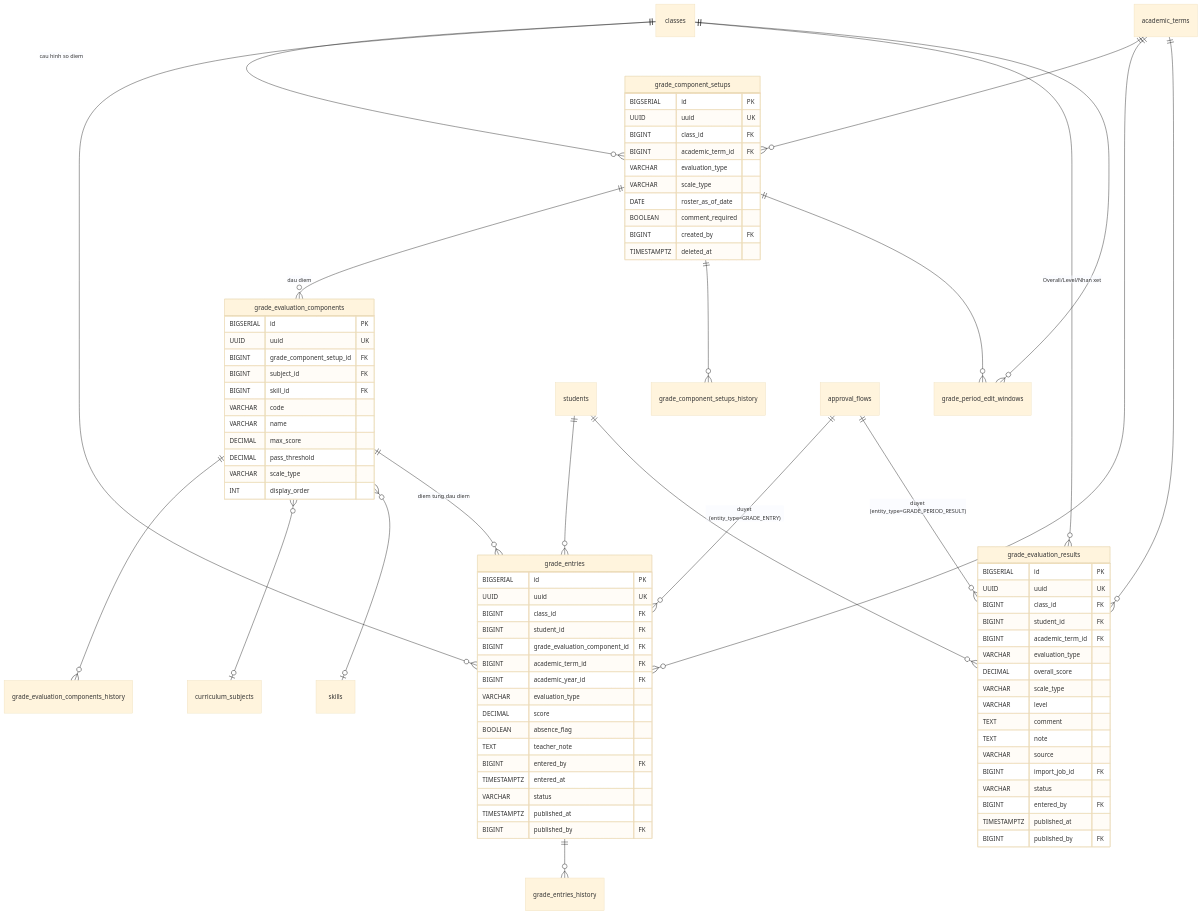
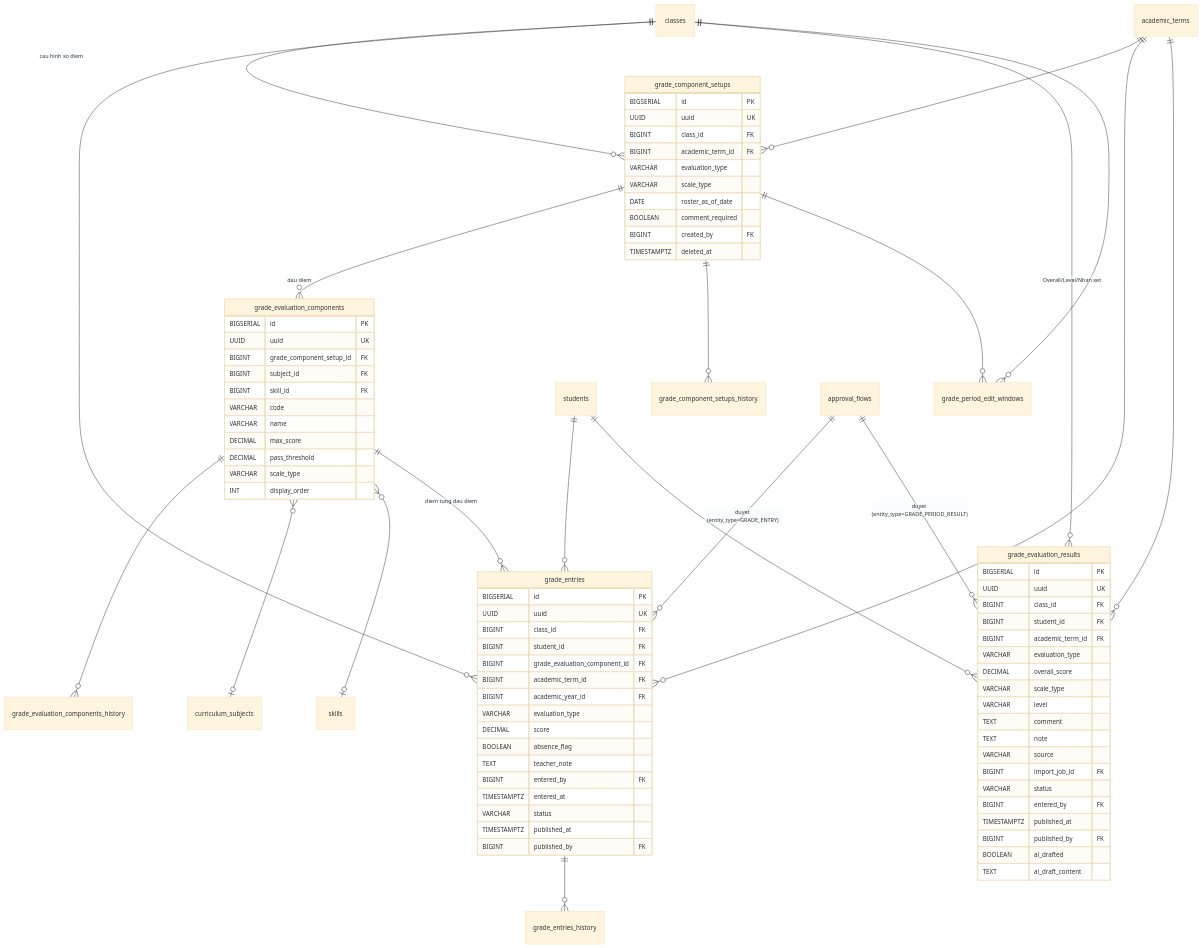
Before and after one commit to langtuananh2424/pps-education: the third of 4 diagrams in docs/sdd-groups/06-hoc-thuat.md, drawn with Mermaid (base theme). The commit also changed other lines of this file and 27 other files, not shown here.

````diff
--- a/docs/sdd-groups/06-hoc-thuat.md
+++ b/docs/sdd-groups/06-hoc-thuat.md
@@ -1275,5 +1275,7 @@
         BIGINT entered_by FK
         TIMESTAMPTZ published_at
         BIGINT published_by FK
+        BOOLEAN ai_drafted
+        TEXT ai_draft_content
     }
 ```
````
